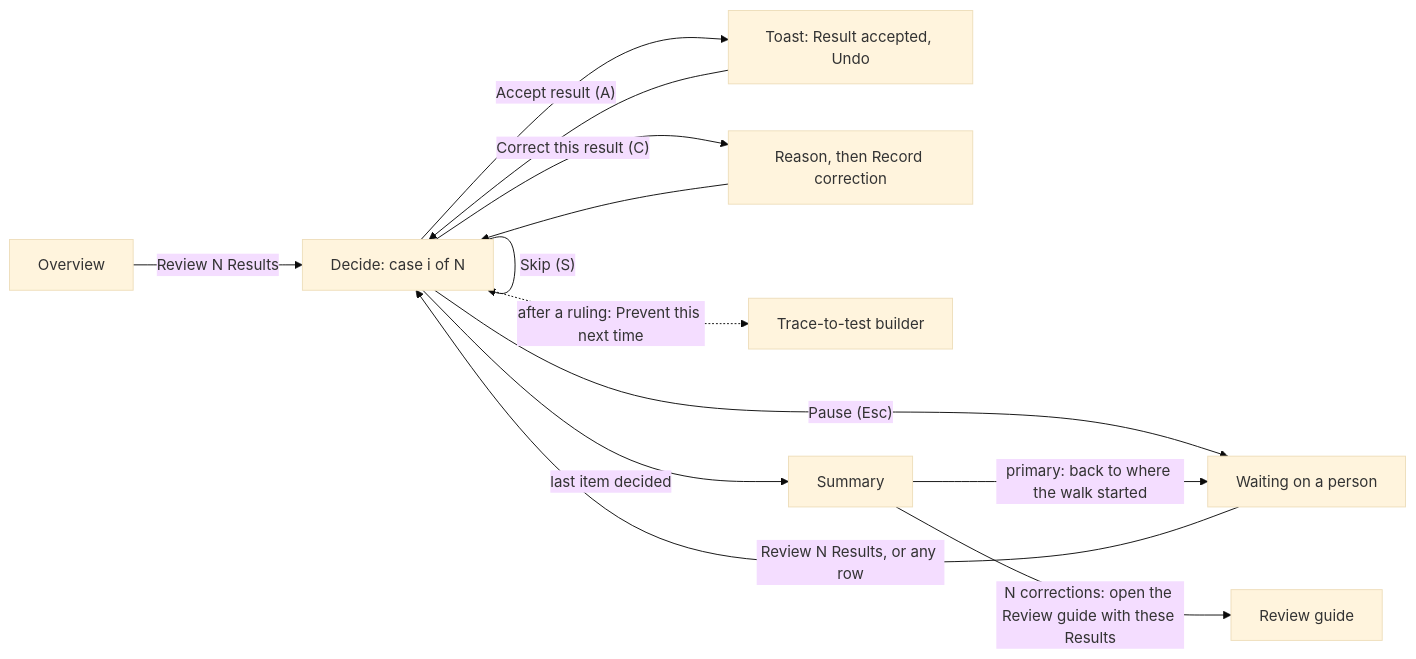
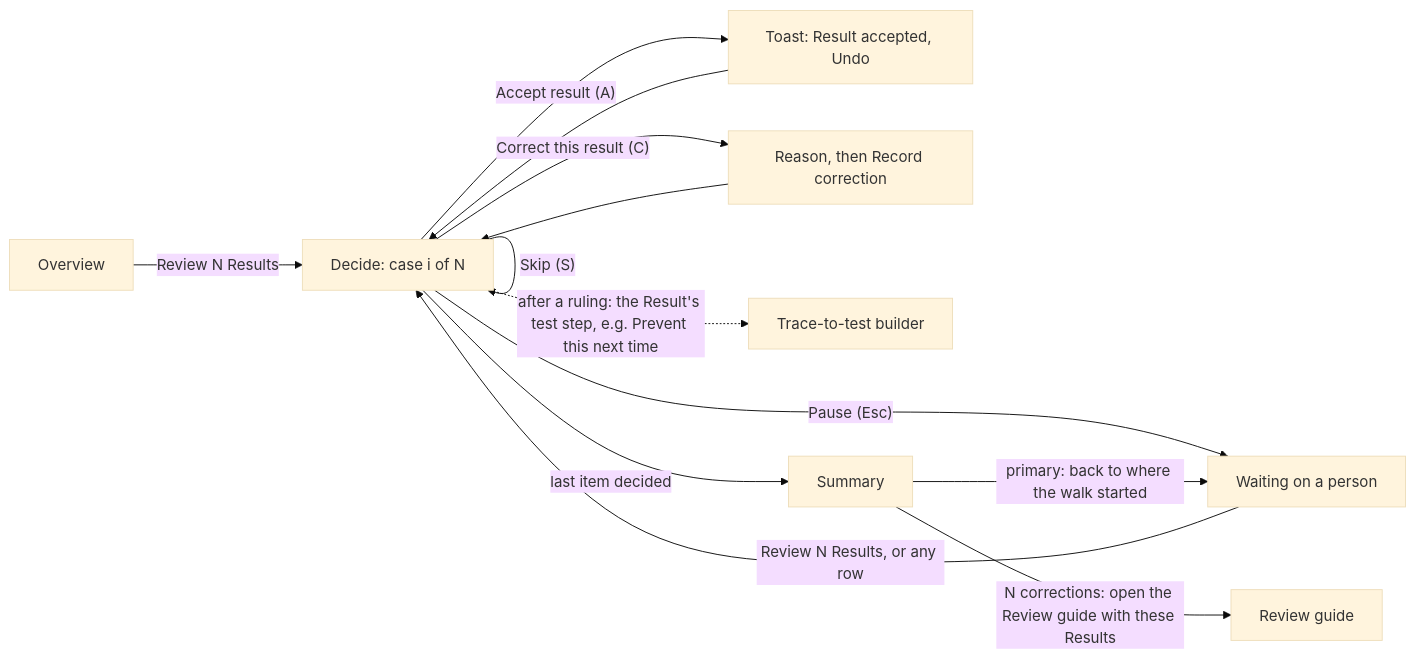
One commit to luka-zivkovic/coeval changed the second of 2 diagrams in docs/ux-audit/2026-09-26-triage-flow.md. Above: the diagram before and after it, drawn with Mermaid (base theme). The commit also changed other lines of this file, not shown here.

First line of the commit message:
docs(ux-audit): correct round-2 findings after an independent check

````diff
--- a/docs/ux-audit/2026-09-26-triage-flow.md
+++ b/docs/ux-audit/2026-09-26-triage-flow.md
@@ -394,15 +440,15 @@
 ```mermaid
 flowchart LR
   O[Overview] -->|Review N Results| P
   Q[Waiting on a person] -->|"Review N Results, or any row"| P[Decide: case i of N]
   P -->|"Accept result (A)"| U[Toast: Result accepted, Undo]
   U --> P
   P -->|"Correct this result (C)"| F[Reason, then Record correction]
   F --> P
   P -->|"Skip (S)"| P
   P -->|"Pause (Esc)"| Q
   P -->|last item decided| D[Summary]
   D -->|"primary: back to where the walk started"| Q
   D -->|"N corrections: open the Review guide with these Results"| E[Review guide]
-  P -.->|"after a ruling: Prevent this next time"| X[Trace-to-test builder]
+  P -.->|"after a ruling: the Result's test step, e.g. Prevent this next time"| X[Trace-to-test builder]
 ```
````
